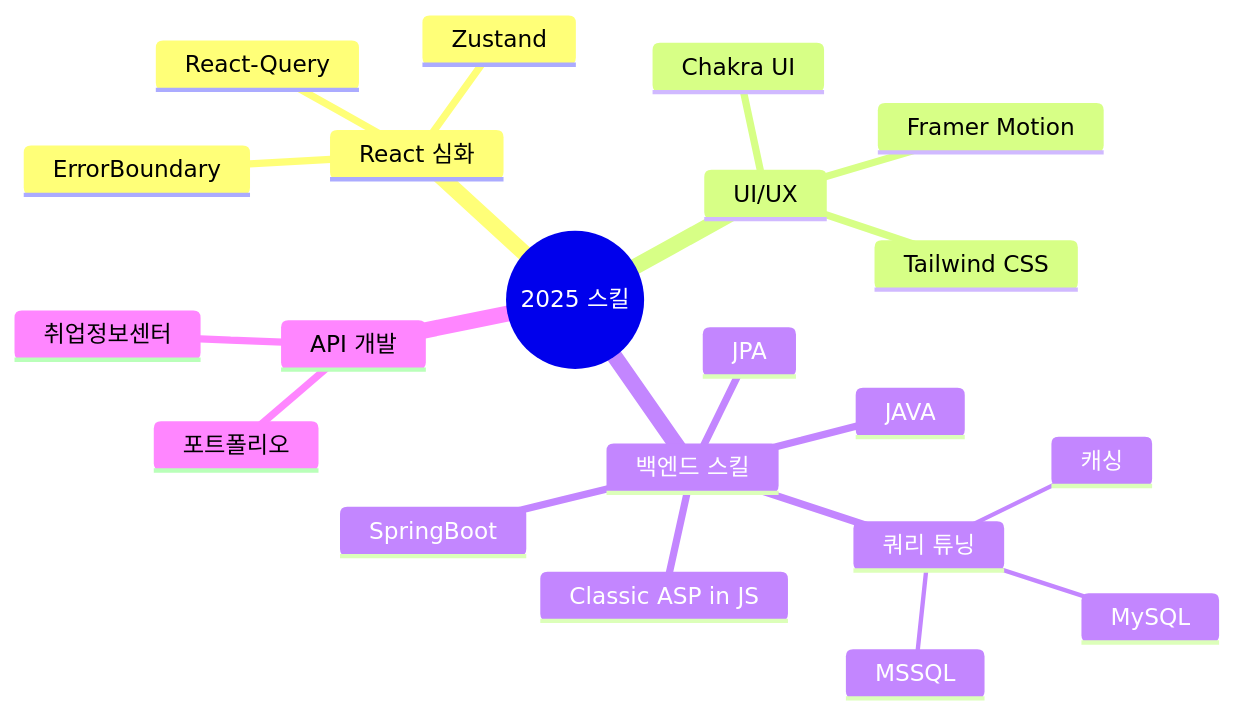
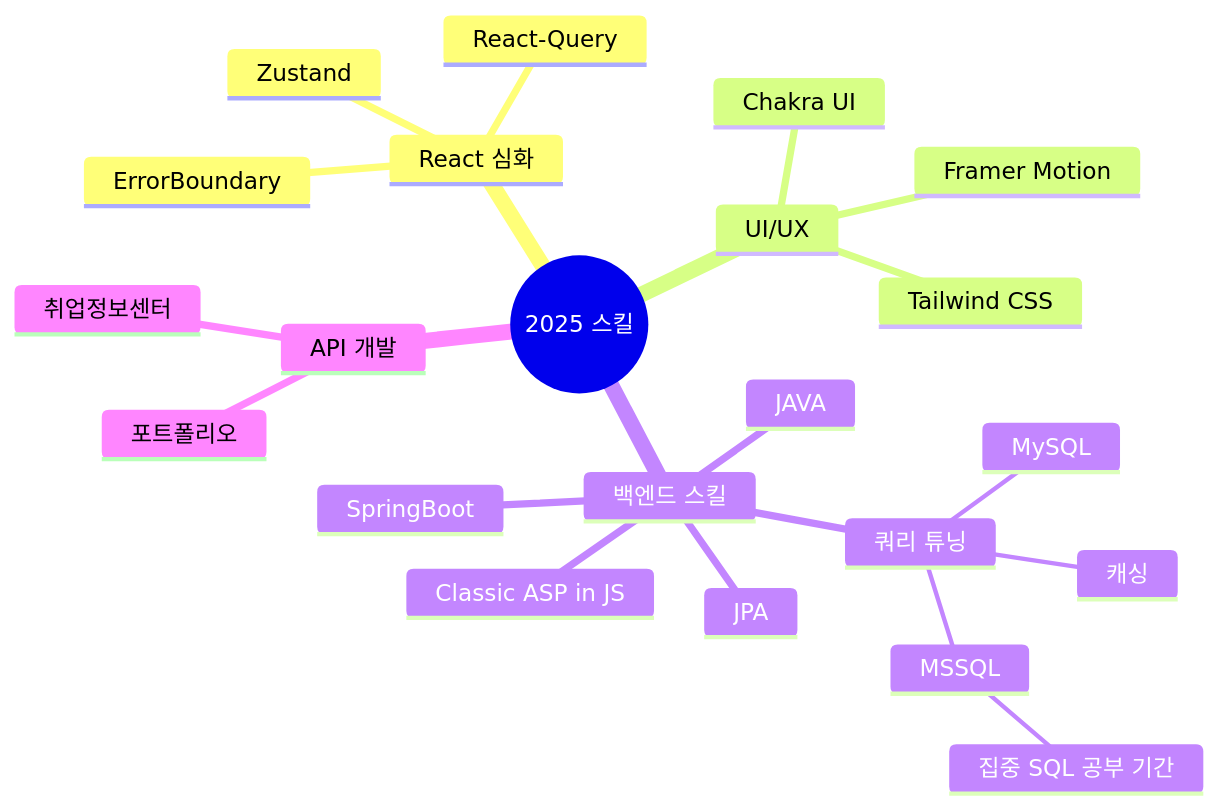
Before and after one commit to SnowsFE/SnowsFE: the diagram in README.md, drawn with Mermaid.

````diff
--- a/README.md
+++ b/README.md
@@ -145,24 +145,25 @@
 ```mermaid
 mindmap
   root((2025 스킬))
     React 심화
       Zustand
       React-Query
       ErrorBoundary
     UI/UX
       Chakra UI
       Tailwind CSS
       Framer Motion
     백엔드 스킬
       Classic ASP in JS
       SpringBoot
       JAVA
       JPA
       쿼리 튜닝
         MSSQL
+          집중 SQL 공부 기간
         MySQL
         캐싱
     API 개발
       포트폴리오
       취업정보센터
 ```
````
